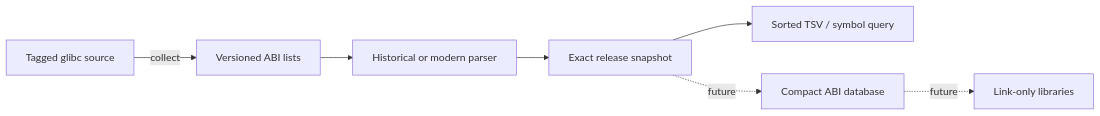
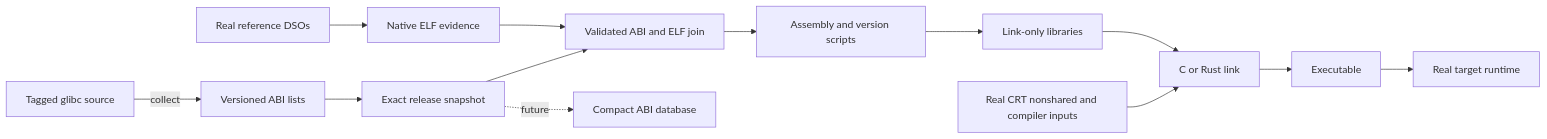
One commit to rustcommons/libc-abi-tools changed the diagram in docs/ARCHITECTURE.md. Above: the diagram before and after it, drawn with Mermaid. The commit also changed other lines of this file and 51 other files, not shown here.

````diff
--- a/docs/ARCHITECTURE.md
+++ b/docs/ARCHITECTURE.md
@@ -5,9 +6,15 @@
 ```mermaid
 flowchart LR
     A[Tagged glibc source] -->|collect| B[Versioned ABI lists]
-    B --> C[Historical or modern parser]
-    C --> D[Exact release snapshot]
-    D --> E[Sorted TSV / symbol query]
-    D -. future .-> F[Compact ABI database]
-    F -. future .-> G[Link-only libraries]
+    B --> C[Exact release snapshot]
+    D[Real reference DSOs] --> E[Native ELF evidence]
+    C --> F[Validated ABI and ELF join]
+    E --> F
+    F --> G[Assembly and version scripts]
+    G --> H[Link-only libraries]
+    I[Real CRT nonshared and compiler inputs] --> J[C or Rust link]
+    H --> J
+    J --> K[Executable]
+    K --> L[Real target runtime]
+    C -. future .-> M[Compact ABI database]
 ```
````
